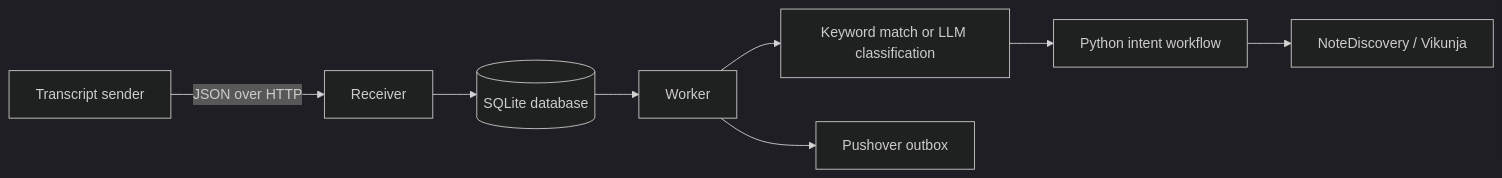
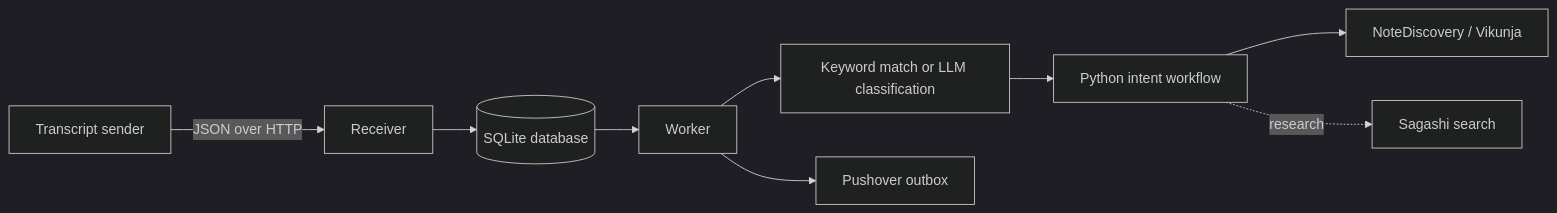
One commit to divin/koemichi changed the diagram in README.md. Above: the diagram before and after it, drawn with Mermaid (dark theme). The commit also changed other lines of this file and 15 other files, not shown here.

Commit message:
Add research workflow with bounded Sagashi search agent

````diff
--- a/README.md
+++ b/README.md
@@ -9,10 +9,12 @@
 ```mermaid
 flowchart LR
     A[Transcript sender] -->|JSON over HTTP| B[Receiver]
     B --> C[(SQLite database)]
     C --> D[Worker]
     D --> E[Keyword match or LLM classification]
     E --> F[Python intent workflow]
+    F[Python intent workflow]
     F --> G[NoteDiscovery / Vikunja]
+    F -.->|research| S[Sagashi search]
     D --> H[Pushover outbox]
 ```
````
